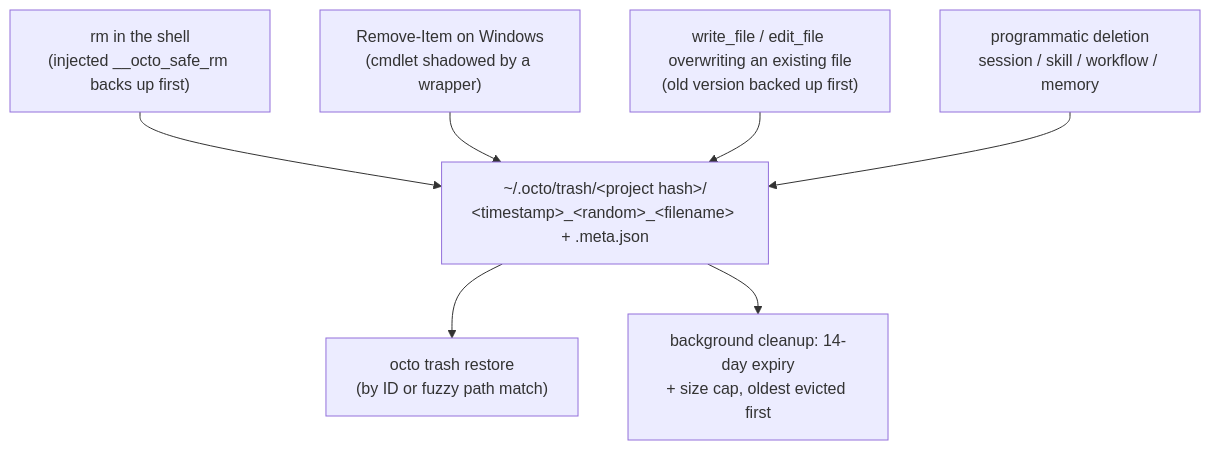
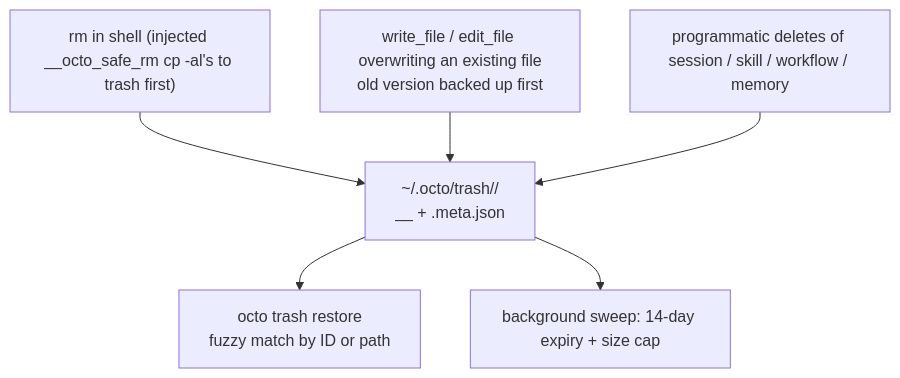
One commit to qwer233qq/octo-agent changed the fifth of 5 diagrams in blog/src/content/posts/en/architecture-deep-dive.md. Above: the diagram before and after it, drawn with Mermaid. The commit also changed other lines of this file and 1 other file, not shown here.

````diff
--- a/blog/src/content/posts/en/architecture-deep-dive.md
+++ b/blog/src/content/posts/en/architecture-deep-dive.md
@@ -388,10 +290,9 @@
 ```mermaid
 flowchart TD
-    A["rm in the shell<br/>(injected __octo_safe_rm backs up first)"] --> T
-    B["Remove-Item on Windows<br/>(cmdlet shadowed by a wrapper)"] --> T
-    C["write_file / edit_file overwriting an existing file<br/>(old version backed up first)"] --> T
-    D["programmatic deletion<br/>session / skill / workflow / memory"] --> T
-    T["~/.octo/trash/&lt;project hash&gt;/<br/>&lt;timestamp&gt;_&lt;random&gt;_&lt;filename&gt; + .meta.json"]
-    T --> R["octo trash restore<br/>(by ID or fuzzy path match)"]
-    T --> E["background cleanup: 14-day expiry<br/>+ size cap, oldest evicted first"]
+    A["rm in shell (injected __octo_safe_rm cp -al's to trash first)"] --> T
+    B["write_file / edit_file overwriting an existing file<br/>old version backed up first"] --> T
+    C["programmatic deletes of session / skill / workflow / memory"] --> T
+    T["~/.octo/trash/<project hash>/<br/><timestamp>_<random>_<filename> + .meta.json"]
+    T --> R["octo trash restore<br/>fuzzy match by ID or path"]
+    T --> E["background sweep: 14-day expiry + size cap"]
 ```
````
